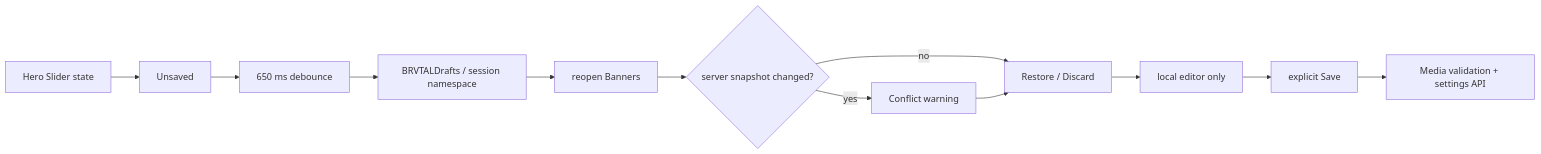
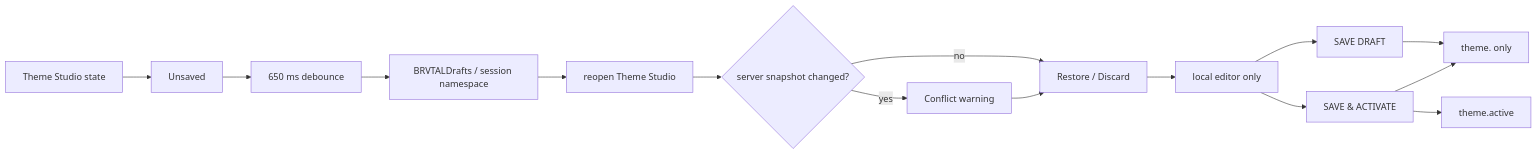
One commit to pl0n3r/brvtal changed the diagram in README.md. Above: the diagram before and after it, drawn with Mermaid. The commit also changed other lines of this file and 5 other files, not shown here.

````diff
--- a/README.md
+++ b/README.md
@@ -45,14 +45,17 @@
 ```mermaid
 flowchart LR
-  H["Hero Slider state"] --> U["Unsaved"]
+  T["Theme Studio state"] --> U["Unsaved"]
   U --> D["650 ms debounce"]
   D --> L["BRVTALDrafts / session namespace"]
-  L --> R["reopen Banners"]
+  L --> R["reopen Theme Studio"]
   R --> C{"server snapshot changed?"}
   C -- no --> X["Restore / Discard"]
   C -- yes --> W["Conflict warning"]
   W --> X
   X --> F["local editor only"]
-  F --> S["explicit Save"]
-  S --> M["Media validation + settings API"]
+  F --> S["SAVE DRAFT"]
+  F --> A["SAVE & ACTIVATE"]
+  S --> P["theme.<slug> only"]
+  A --> P
+  A --> Q["theme.active"]
 ```
````
